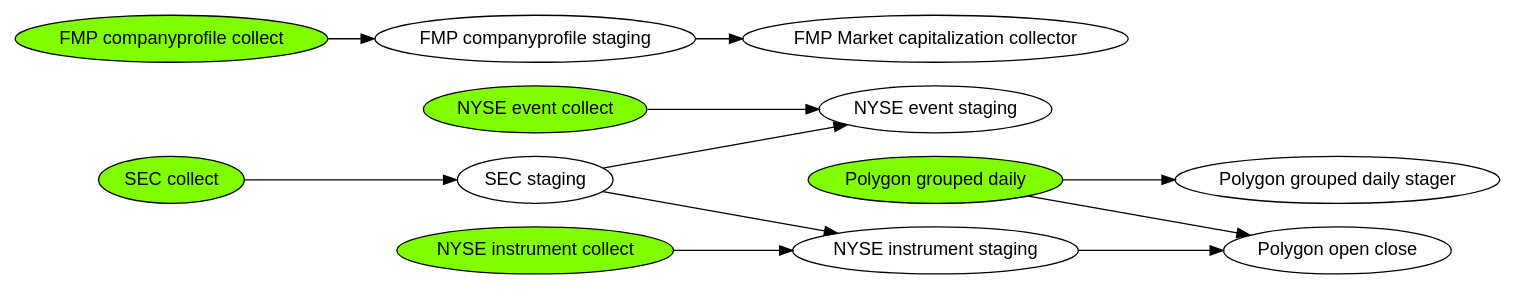
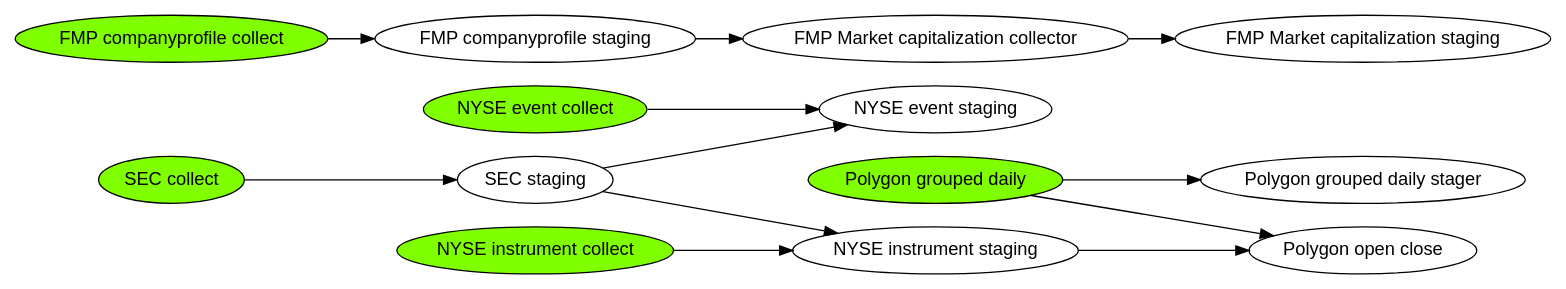
The diagram in documentation/dependencies.dot (dtrosien/data-collector), drawn with Graphviz before and after one commit. The commit also changed 13 other files, not shown here.

```diff
--- a/documentation/dependencies.dot
+++ b/documentation/dependencies.dot
@@ -1,30 +1,32 @@
 digraph regexp { 
  fontname="Helvetica,Arial,sans-serif"
  node [fontname="Helvetica,Arial,sans-serif"]
  rankdir="LR";
  NyseEventsCollect      [label="NYSE event collect", style=filled, fillcolor=chartreuse];
  n1                     [label="NYSE event staging"];
  NyseInstrumentsCollect [label="NYSE instrument collect", style=filled, fillcolor=chartreuse];
  NyseInstrumentsStage   [label="NYSE instrument staging"];
  SecCompaniesCollect    [label="SEC collect", style=filled, fillcolor=chartreuse];
  SecCompaniesStage      [label="SEC staging"];
  PolygonGroupedDaily    [label="Polygon grouped daily", style=filled, fillcolor=chartreuse];
  PolygonGroupedDailyStager [label="Polygon grouped daily stager"];
  PolygonOpenClose       [label="Polygon open close"];
  FinmodCompanyProfile   [label="FMP companyprofile collect" style=filled, fillcolor=chartreuse];
  FinmodCompanyProfileStage   [label="FMP companyprofile staging"];
  FinmodCompanyMarketCap [label="FMP Market capitalization collector"]
+ FinmodCompanyMarketCapStage [label="FMP Market capitalization staging"]
 
  NyseEventsCollect -> n1
  NyseInstrumentsCollect -> NyseInstrumentsStage
  SecCompaniesCollect -> SecCompaniesStage
  SecCompaniesStage -> NyseInstrumentsStage
  SecCompaniesStage -> n1
  PolygonGroupedDaily -> PolygonOpenClose
  PolygonGroupedDaily -> PolygonGroupedDailyStager
  NyseInstrumentsStage -> PolygonOpenClose
  FinmodCompanyProfile -> FinmodCompanyProfileStage
  FinmodCompanyProfileStage -> FinmodCompanyMarketCap
+ FinmodCompanyMarketCap -> FinmodCompanyMarketCapStage
  }
 //sudo apt install graphviz
 //dot -Tsvg dependencies.dot > output.svg
```
